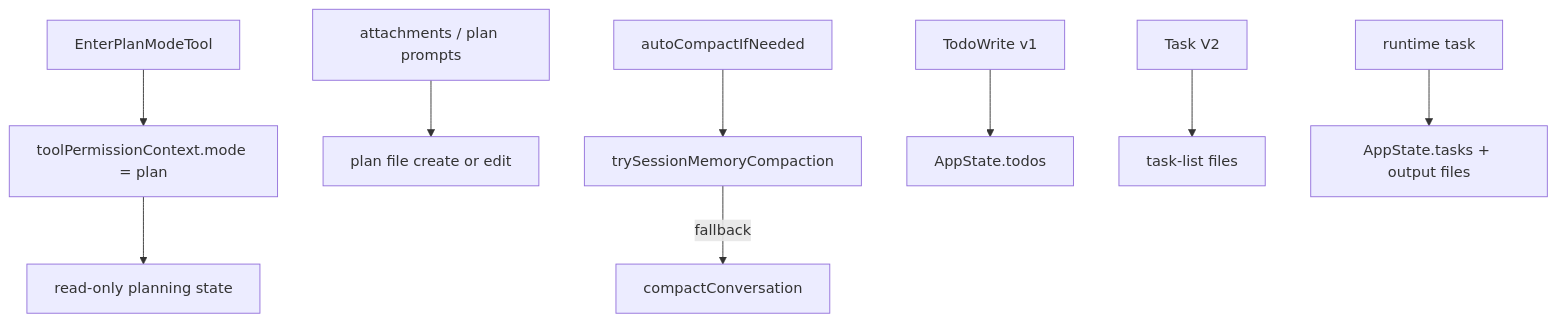
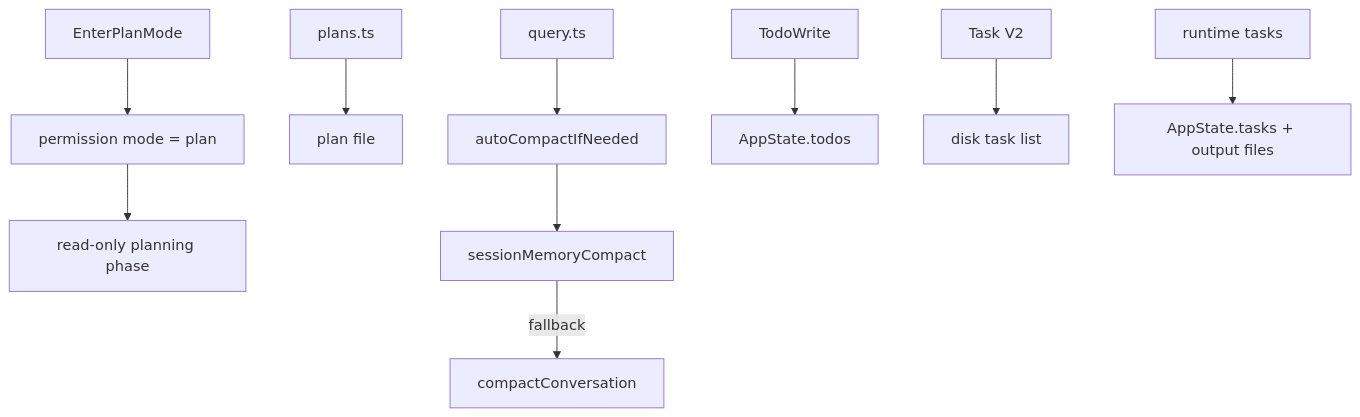
Before and after one commit to Boulea7/ClaudeCode-Source-DeepDive: the diagram in MODULES/02-planning-compaction-and-assistant/SIMPLE/README.en.md, drawn with Mermaid. The commit also changed other lines of this file and 92 other files, not shown here.

````diff
--- a/MODULES/02-planning-compaction-and-assistant/SIMPLE/README.en.md
+++ b/MODULES/02-planning-compaction-and-assistant/SIMPLE/README.en.md
@@ -7,11 +9,12 @@
 ```mermaid
 flowchart TD
-    A[EnterPlanModeTool] --> B[toolPermissionContext.mode = plan]
-    B --> C[read-only planning state]
-    D[attachments / plan prompts] --> E[plan file create or edit]
-    F[autoCompactIfNeeded] --> G[trySessionMemoryCompaction]
-    G -->|fallback| H[compactConversation]
-    I[TodoWrite v1] --> J[AppState.todos]
-    K[Task V2] --> L[task-list files]
-    M[runtime task] --> N[AppState.tasks + output files]
+    A[EnterPlanMode] --> B[permission mode = plan]
+    B --> C[read-only planning phase]
+    D[plans.ts] --> E[plan file]
+    F[query.ts] --> G[autoCompactIfNeeded]
+    G --> H[sessionMemoryCompact]
+    H -->|fallback| I[compactConversation]
+    J[TodoWrite] --> K[AppState.todos]
+    L[Task V2] --> M[disk task list]
+    N[runtime tasks] --> O[AppState.tasks + output files]
 ```
````
